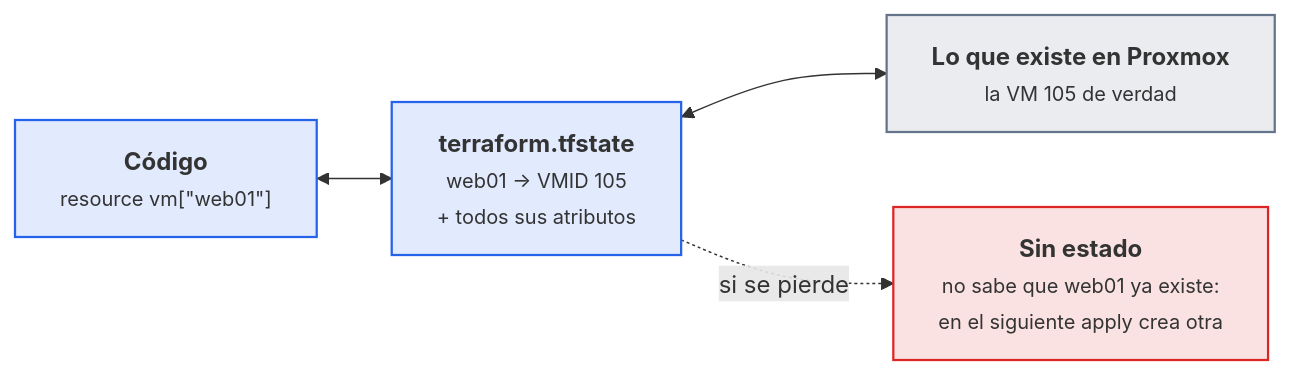
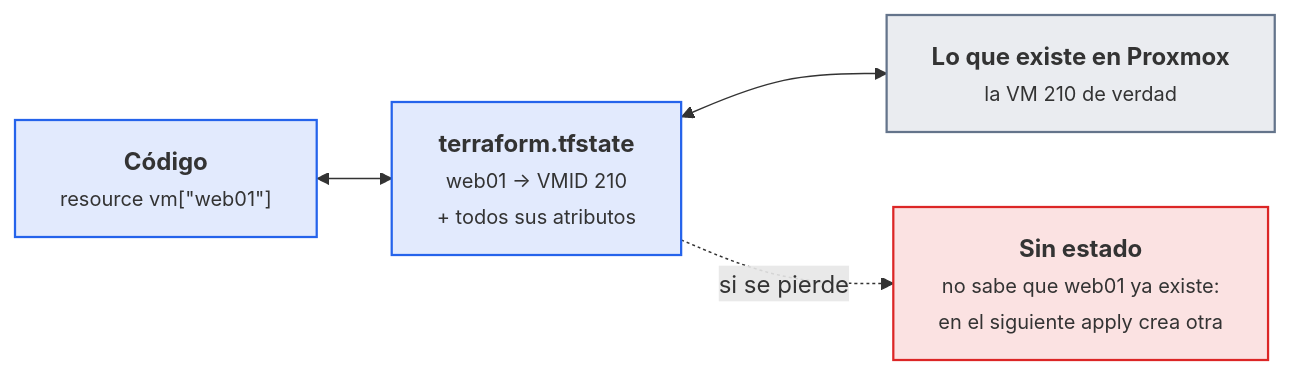
The fifth of 6 diagrams in docs/ut/ut5-iac.md (victor-educ/apuntes-5166), drawn with Mermaid before and after one commit. The commit also changed other lines of this file and 15 other files, not shown here.

````diff
--- a/docs/ut/ut5-iac.md
+++ b/docs/ut/ut5-iac.md
@@ -650,15 +801,15 @@
 ```mermaid
 flowchart LR
     COD["<b>Código</b><br><small>resource vm[#quot;web01#quot;]</small>"]:::dato
-    EST["<b>terraform.tfstate</b><br><small>web01 → VMID 105<br>+ todos sus atributos</small>"]:::dato
-    REAL["<b>Lo que existe en Proxmox</b><br><small>la VM 105 de verdad</small>"]:::pieza
+    EST["<b>terraform.tfstate</b><br><small>web01 → VMID 210<br>+ todos sus atributos</small>"]:::dato
+    REAL["<b>Lo que existe en Proxmox</b><br><small>la VM 210 de verdad</small>"]:::pieza
     SIN["<b>Sin estado</b><br><small>no sabe que web01 ya existe:<br>en el siguiente apply crea otra</small>"]:::riesgo
     COD <--> EST <--> REAL
     EST -. "si se pierde" .-> SIN
     classDef act fill:#ea580c22,stroke:#ea580c,stroke-width:1.5px
     classDef pieza fill:#64748b22,stroke:#64748b,stroke-width:1.5px
     classDef dato fill:#2563eb22,stroke:#2563eb,stroke-width:1.5px
     classDef infra fill:#a1a1aa14,stroke:#a1a1aa,stroke-width:1.5px
     classDef ok fill:#16a34a22,stroke:#16a34a,stroke-width:1.5px
     classDef riesgo fill:#dc262622,stroke:#dc2626,stroke-width:1.5px
 ```
````
